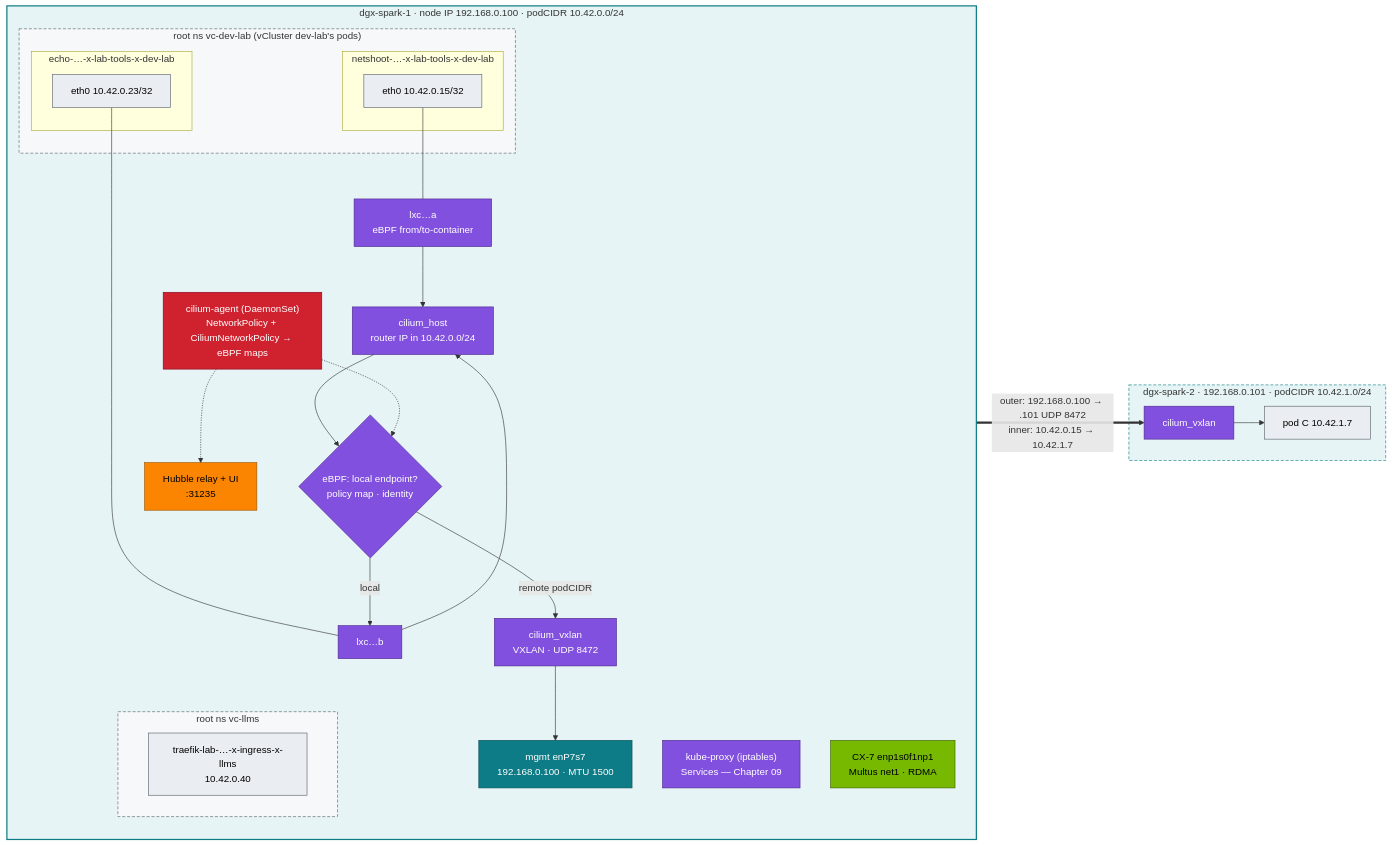
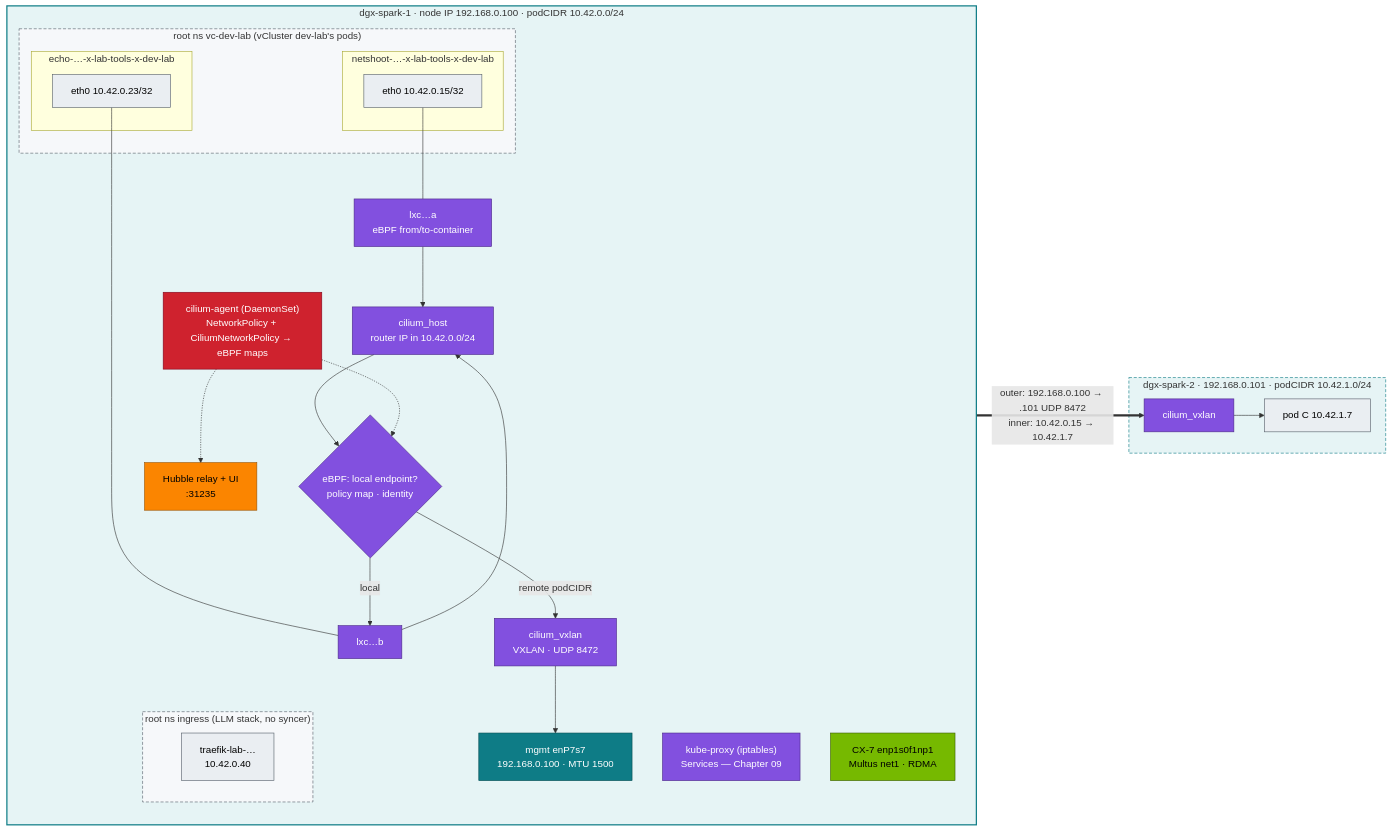
Before and after one commit to cloudone365/technical-depth: the diagram in 02-Kubernetes/08-kubernetes-networking-deep-dive.md, drawn with Mermaid. The commit also changed other lines of this file and 58 other files, not shown here.

First line of the commit message:
Docs: dev-llms sandbox vCluster, LLM stack on the root, shared ~90 GiB pool, headless DGX OS

````diff
--- a/02-Kubernetes/08-kubernetes-networking-deep-dive.md
+++ b/02-Kubernetes/08-kubernetes-networking-deep-dive.md
@@ -34,51 +34,51 @@
 ```mermaid
 flowchart LR
   subgraph S1["dgx-spark-1 · node IP 192.168.0.100 · podCIDR 10.42.0.0/24"]
     direction TB
     subgraph VCD["root ns vc-dev-lab (vCluster dev-lab's pods)"]
       subgraph P1["netshoot-…-x-lab-tools-x-dev-lab"]
         E1["eth0 10.42.0.15/32"]
       end
       subgraph P2["echo-…-x-lab-tools-x-dev-lab"]
         E2["eth0 10.42.0.23/32"]
       end
     end
-    subgraph VCL["root ns vc-llms"]
-      P4["traefik-lab-…-x-ingress-x-llms<br/>10.42.0.40"]
+    subgraph VCL["root ns ingress (LLM stack, no syncer)"]
+      P4["traefik-lab-…<br/>10.42.0.40"]
     end
     V1["lxc…a<br/>eBPF from/to-container"] --> CH
     V2["lxc…b"] --> CH
     E1 --- V1
     E2 --- V2
     CH["cilium_host<br/>router IP in 10.42.0.0/24"] --> RT{"eBPF: local endpoint?<br/>policy map · identity"}
     RT -- "local" --> V2
     RT -- "remote podCIDR" --> VX["cilium_vxlan<br/>VXLAN · UDP 8472"]
     VX --> NIC["mgmt enP7s7<br/>192.168.0.100 · MTU 1500"]
     AG["cilium-agent (DaemonSet)<br/>NetworkPolicy + CiliumNetworkPolicy → eBPF maps"]
     HB["Hubble relay + UI<br/>:31235"]
     KP["kube-proxy (iptables)<br/>Services — Chapter 09"]
     CX["CX-7 enp1s0f1np1<br/>Multus net1 · RDMA"]
   end
   subgraph S2["dgx-spark-2 · 192.168.0.101 · podCIDR 10.42.1.0/24"]
     VX2["cilium_vxlan"] --> P3["pod C 10.42.1.7"]
   end
   NIC == "outer: 192.168.0.100 → .101 UDP 8472<br/>inner: 10.42.0.15 → 10.42.1.7" ==> VX2
   AG -.-> RT
   AG -.-> HB
   classDef net fill:#8250df,stroke:#4c2889,color:#fff
   classDef node fill:#0e7c86,stroke:#064e54,color:#fff
   classDef sec fill:#cf222e,stroke:#82071e,color:#fff
   classDef obs fill:#fb8500,stroke:#9a5200,color:#000
   classDef gpu fill:#76b900,stroke:#3d6000,color:#000
   classDef tenant fill:#eaeef2,stroke:#57606a,color:#000
   class CH,VX,VX2,RT,V1,V2,KP net
   class NIC node
   class CX gpu
   class AG sec
   class HB obs
   class E1,E2,P3,P4 tenant
   style S1 fill:#e6f4f5,stroke:#0e7c86,stroke-width:2px
   style S2 fill:#e6f4f5,stroke:#0e7c86,stroke-dasharray:5 3
   style VCD fill:#f6f8fa,stroke:#57606a,stroke-dasharray:5 3
   style VCL fill:#f6f8fa,stroke:#57606a,stroke-dasharray:5 3
 ```
````
